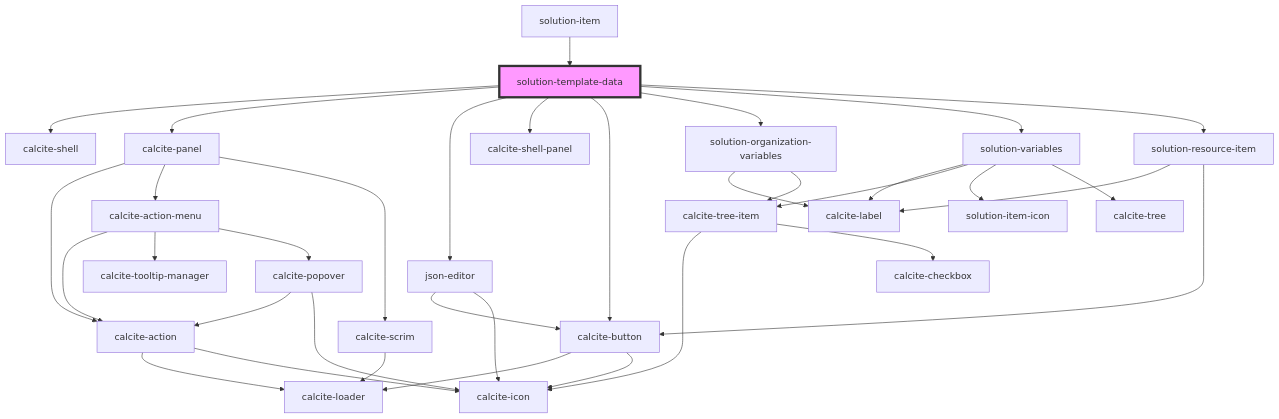
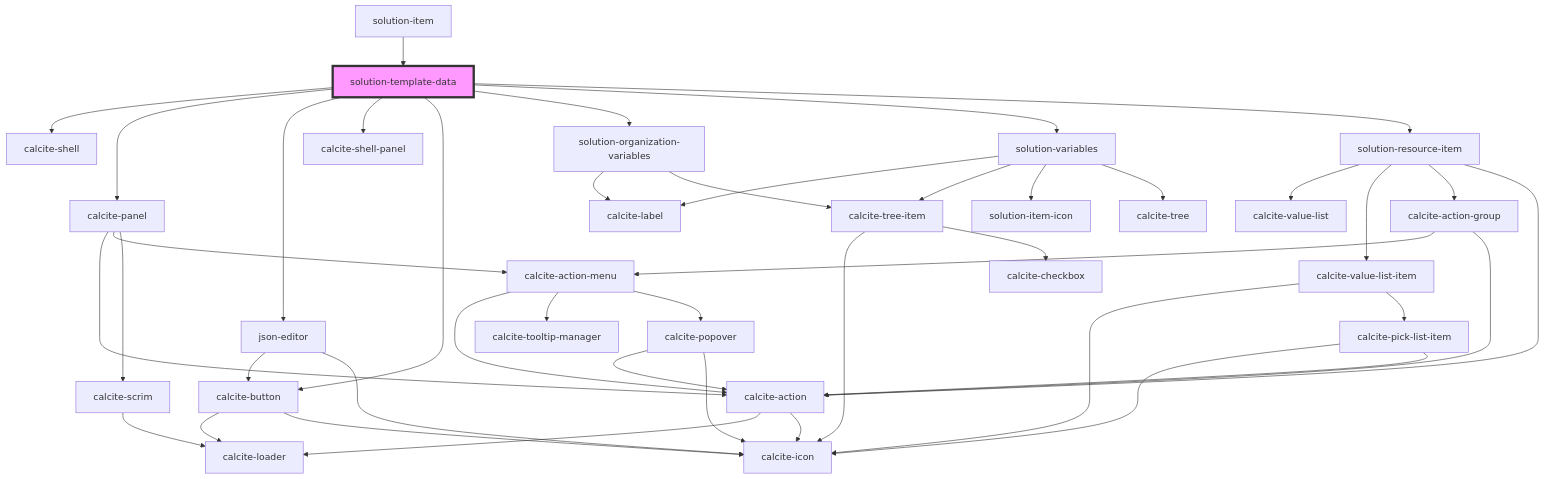
The diagram in src/components/solution-template-data/readme.md (Esri/solutions-components), drawn with Mermaid before and after one commit. The commit also changed other lines of this file and 9 other files, not shown here.

````diff
--- a/src/components/solution-template-data/readme.md
+++ b/src/components/solution-template-data/readme.md
@@ -40,38 +41,46 @@
 ```mermaid
 graph TD;
   solution-template-data --> calcite-shell
   solution-template-data --> calcite-panel
   solution-template-data --> json-editor
   solution-template-data --> calcite-shell-panel
   solution-template-data --> calcite-button
   solution-template-data --> solution-organization-variables
   solution-template-data --> solution-variables
   solution-template-data --> solution-resource-item
   calcite-panel --> calcite-action
   calcite-panel --> calcite-action-menu
   calcite-panel --> calcite-scrim
   calcite-action --> calcite-loader
   calcite-action --> calcite-icon
   calcite-action-menu --> calcite-action
   calcite-action-menu --> calcite-tooltip-manager
   calcite-action-menu --> calcite-popover
   calcite-popover --> calcite-action
   calcite-popover --> calcite-icon
   calcite-scrim --> calcite-loader
   json-editor --> calcite-button
   json-editor --> calcite-icon
   calcite-button --> calcite-loader
   calcite-button --> calcite-icon
   solution-organization-variables --> calcite-label
   solution-organization-variables --> calcite-tree-item
   calcite-tree-item --> calcite-icon
   calcite-tree-item --> calcite-checkbox
   solution-variables --> calcite-label
   solution-variables --> calcite-tree-item
   solution-variables --> solution-item-icon
   solution-variables --> calcite-tree
-  solution-resource-item --> calcite-label
-  solution-resource-item --> calcite-button
+  solution-resource-item --> calcite-value-list
+  solution-resource-item --> calcite-value-list-item
+  solution-resource-item --> calcite-action-group
+  solution-resource-item --> calcite-action
+  calcite-value-list-item --> calcite-icon
+  calcite-value-list-item --> calcite-pick-list-item
+  calcite-pick-list-item --> calcite-icon
+  calcite-pick-list-item --> calcite-action
+  calcite-action-group --> calcite-action-menu
+  calcite-action-group --> calcite-action
   solution-item --> solution-template-data
   style solution-template-data fill:#f9f,stroke:#333,stroke-width:4px
 ```
````
